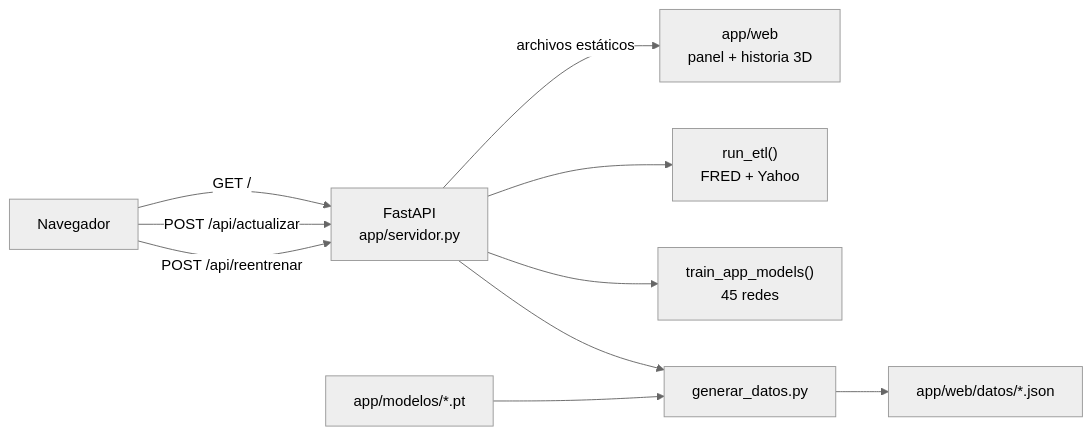
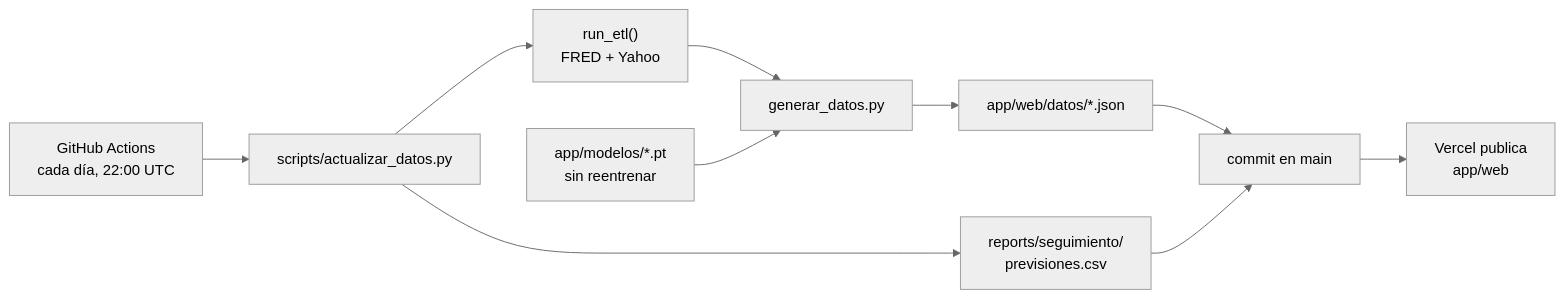
One commit to rubenelices/PREDICCION_PETROLEO_RNN changed the diagram in docs/aplicacion.md. Above: the diagram before and after it, drawn with Mermaid (neutral theme). The commit also changed other lines of this file and 1 other file, not shown here.

Commit message:
Link the Vercel web and the Hugging Face model, and document the daily update

````diff
--- a/docs/aplicacion.md
+++ b/docs/aplicacion.md
@@ -26,12 +30,12 @@
 ```mermaid
 flowchart LR
-    U["Navegador"] -->|"GET /"| S["FastAPI<br/>app/servidor.py"]
-    S -->|"archivos estáticos"| W["app/web<br/>panel + historia 3D"]
-    U -->|"POST /api/actualizar"| S
-    U -->|"POST /api/reentrenar"| S
+    A["GitHub Actions<br/>cada día, 22:00 UTC"] --> S["scripts/actualizar_datos.py"]
     S --> E["run_etl()<br/>FRED + Yahoo"]
-    S --> T["train_app_models()<br/>45 redes"]
-    S --> G["generar_datos.py"]
+    E --> G["generar_datos.py"]
+    M["app/modelos/*.pt<br/>sin reentrenar"] --> G
     G --> J["app/web/datos/*.json"]
-    M["app/modelos/*.pt"] --> G
+    S --> L["reports/seguimiento/<br/>previsiones.csv"]
+    J --> C["commit en main"]
+    L --> C
+    C --> V["Vercel publica<br/>app/web"]
 ```
````
